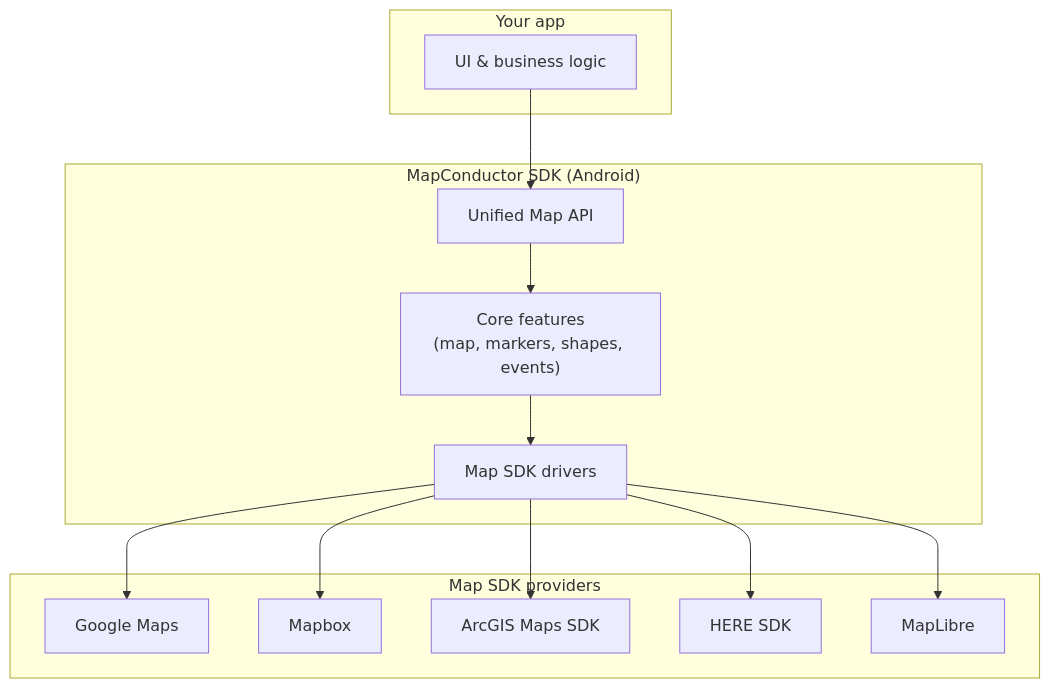
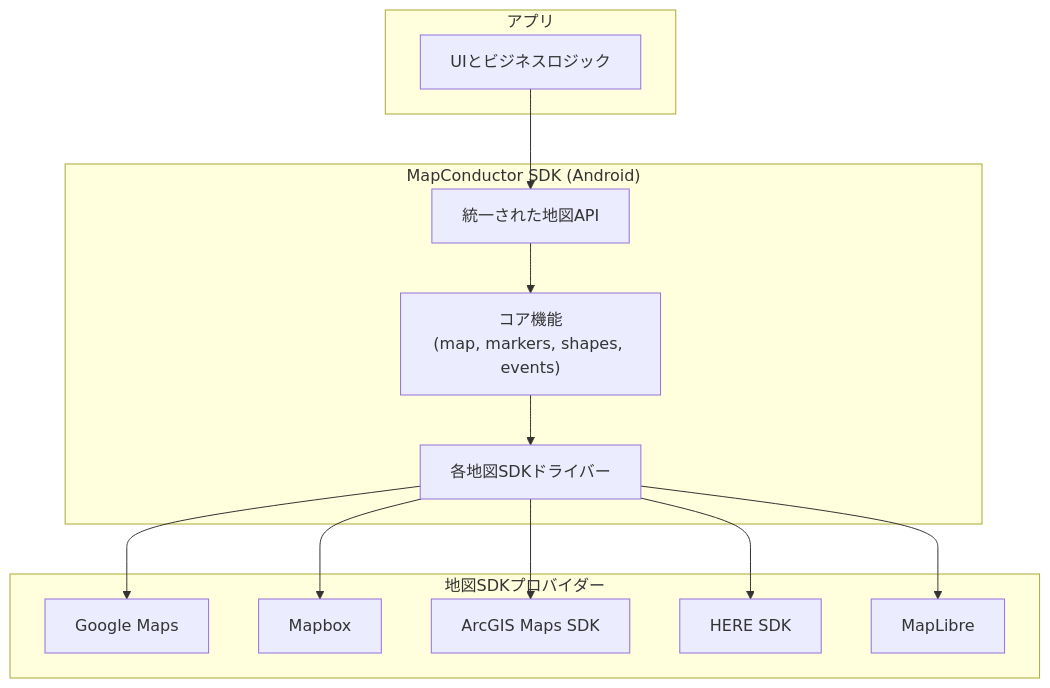
One commit to MapConductor/website changed the first of 2 diagrams in src/content/docs/ja/architecture.md. Above: the diagram before and after it, drawn with Mermaid. The commit also changed other lines of this file and 7 other files, not shown here.

````diff
--- a/src/content/docs/ja/architecture.md
+++ b/src/content/docs/ja/architecture.md
@@ -13,29 +13,29 @@
 ```mermaid
 flowchart TB
-  subgraph App["Your app"]
-    UI["UI & business logic"]
+  subgraph App["アプリ"]
+    UI["UIとビジネスロジック"]
   end
 
   subgraph MC["MapConductor SDK (Android)"]
-    API["Unified Map API"]
-    Core["Core features<br/>(map, markers, shapes, events)"]
-    Drivers["Map SDK drivers"]
+    API["統一された地図API"]
+    Core["コア機能<br/>(map, markers, shapes, events)"]
+    Drivers["各地図SDKドライバー"]
   end
 
-  subgraph Providers["Map SDK providers"]
+  subgraph Providers["地図SDKプロバイダー"]
     GMaps["Google Maps"]
     Mapbox["Mapbox"]
     ArcGIS["ArcGIS Maps SDK"]
     HERE["HERE SDK"]
     MapLibre["MapLibre"]
   end
 
   UI --> API
   API --> Core
   Core --> Drivers
   Drivers --> GMaps
   Drivers --> Mapbox
   Drivers --> ArcGIS
   Drivers --> HERE
   Drivers --> MapLibre
 ```
````
